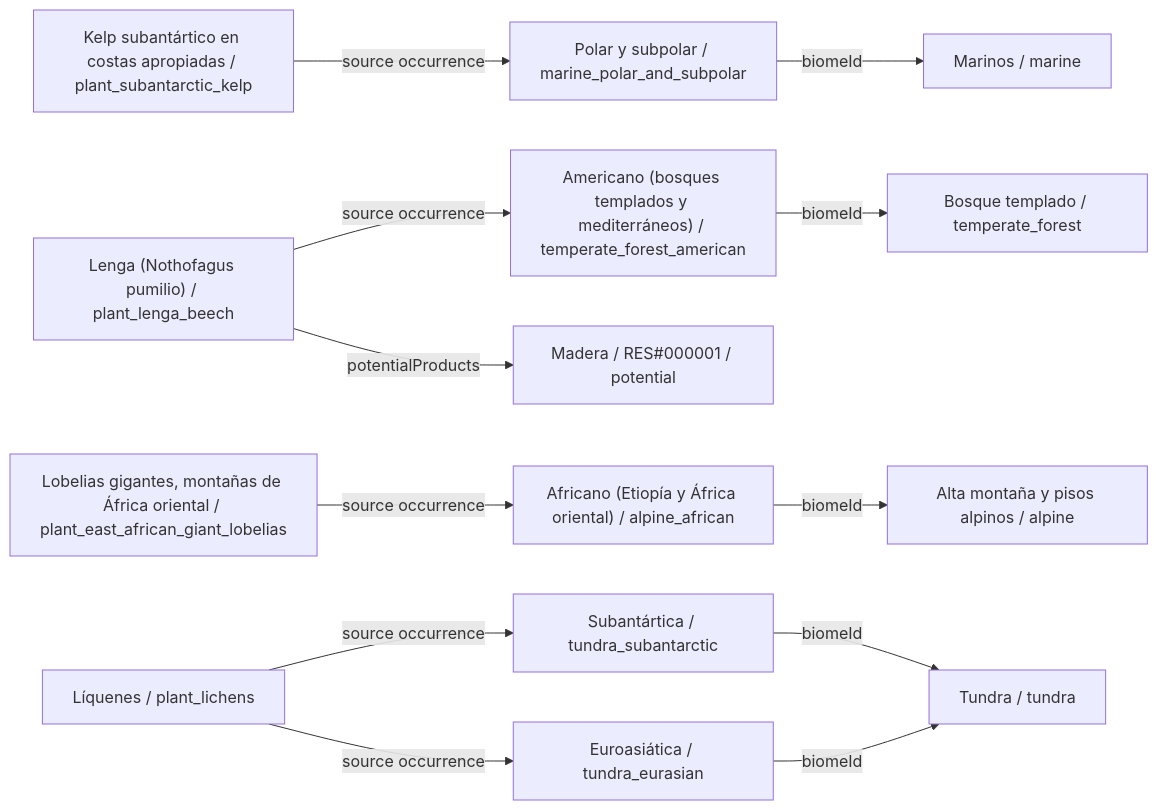
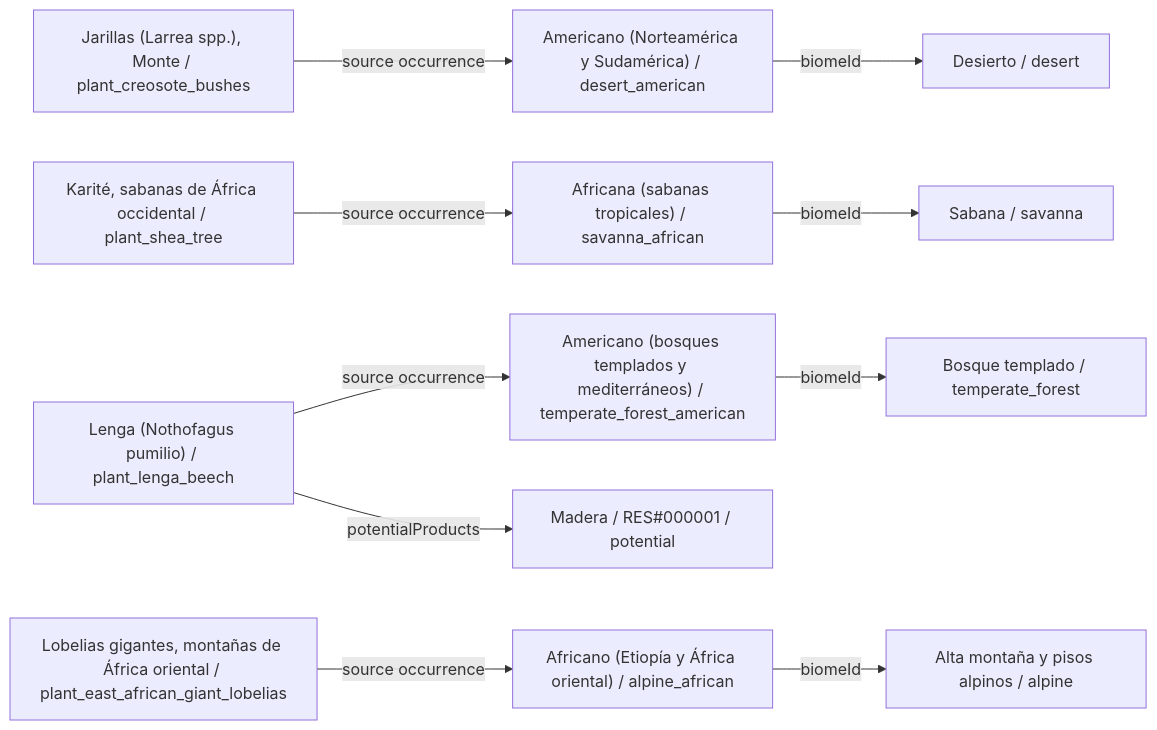
Diagram 13 of 34 in data/plants/DIAGRAMS.es.md (fgabo404/EvolveDoc), drawn with Mermaid before and after one commit. The commit also changed other lines of this file and 59 other files, not shown here.

````diff
--- a/data/plants/DIAGRAMS.es.md
+++ b/data/plants/DIAGRAMS.es.md
@@ -542,28 +481,25 @@
 ```mermaid
 flowchart LR
-    c0["Kelp subantártico en costas apropiadas / plant_subantarctic_kelp"]
-    v21["Polar y subpolar / marine_polar_and_subpolar"]
-    b5["Marinos / marine"]
-    c1["Lenga (Nothofagus pumilio) / plant_lenga_beech"]
+    c0["Jarillas (Larrea spp.), Monte / plant_creosote_bushes"]
+    v15["Americano (Norteamérica y Sudamérica) / desert_american"]
+    b4["Desierto / desert"]
+    c1["Karité, sabanas de África occidental / plant_shea_tree"]
+    v11["Africana (sabanas tropicales) / savanna_african"]
+    b3["Sabana / savanna"]
+    c2["Lenga (Nothofagus pumilio) / plant_lenga_beech"]
     v5["Americano (bosques templados y mediterráneos) / temperate_forest_american"]
     b1["Bosque templado / temperate_forest"]
-    o1_0["Madera / RES#000001 / potential"]
-    c2["Lobelias gigantes, montañas de África oriental / plant_east_african_giant_lobelias"]
+    o2_0["Madera / RES#000001 / potential"]
+    c3["Lobelias gigantes, montañas de África oriental / plant_east_african_giant_lobelias"]
     v26["Africano (Etiopía y África oriental) / alpine_african"]
     b6["Alta montaña y pisos alpinos / alpine"]
-    c3["Líquenes / plant_lichens"]
-    v9["Euroasiática / tundra_eurasian"]
-    b2["Tundra / tundra"]
-    v10["Subantártica / tundra_subantarctic"]
-    c0 -->|source occurrence| v21
-    c1 -->|potentialProducts| o1_0
-    c1 -->|source occurrence| v5
-    c2 -->|source occurrence| v26
-    c3 -->|source occurrence| v10
-    c3 -->|source occurrence| v9
-    v10 -->|biomeId| b2
-    v21 -->|biomeId| b5
+    c0 -->|source occurrence| v15
+    c1 -->|source occurrence| v11
+    c2 -->|potentialProducts| o2_0
+    c2 -->|source occurrence| v5
+    c3 -->|source occurrence| v26
+    v11 -->|biomeId| b3
+    v15 -->|biomeId| b4
     v26 -->|biomeId| b6
     v5 -->|biomeId| b1
-    v9 -->|biomeId| b2
 ```
````
